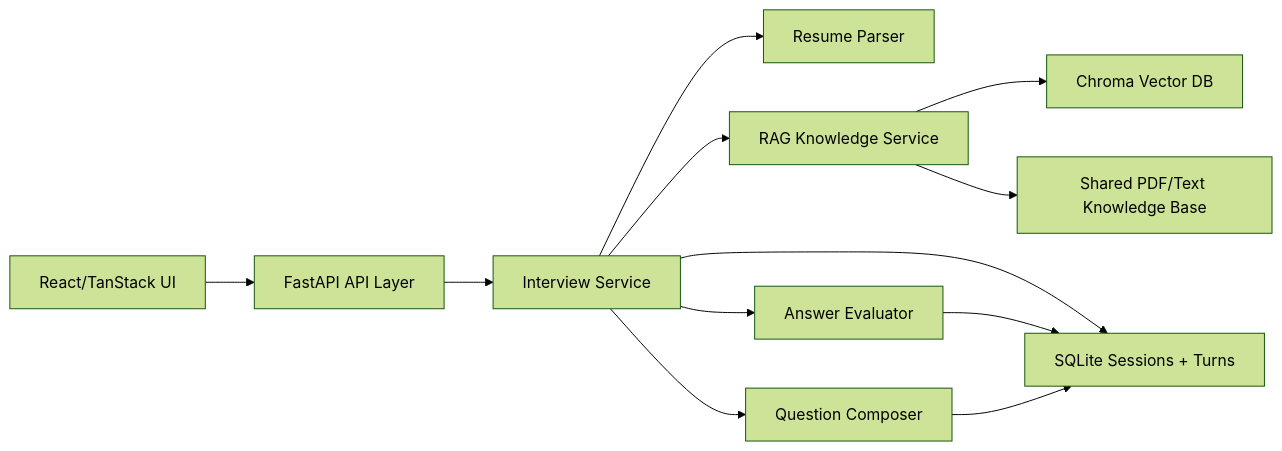
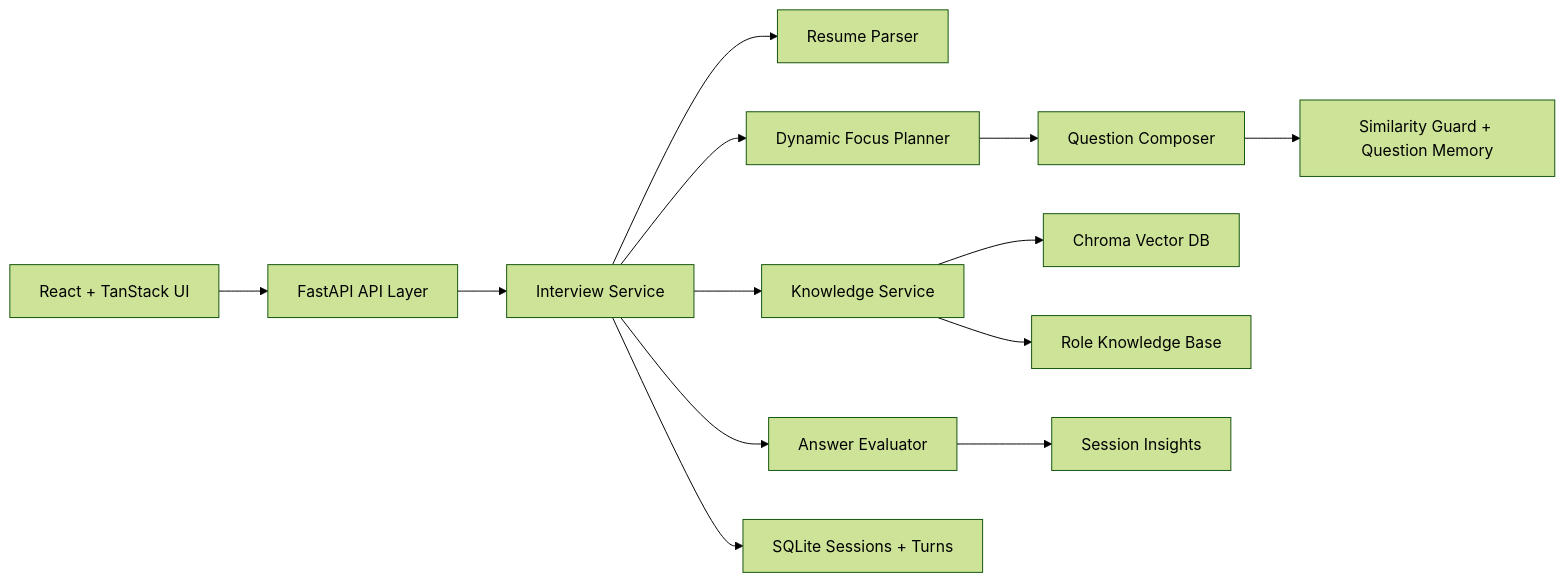
The diagram in README.md (sri-venkat-22/Screen-RAG-Agent), drawn with Mermaid (forest theme) before and after one commit. The commit also changed other lines of this file and 7 other files, not shown here.

````diff
--- a/README.md
+++ b/README.md
@@ -27,14 +62,15 @@
 ```mermaid
 flowchart LR
-  A["React/TanStack UI"] --> B["FastAPI API Layer"]
-  B --> C["Interview Service"]
-  C --> D["Resume Parser"]
-  C --> E["RAG Knowledge Service"]
-  C --> F["Question Composer"]
-  C --> G["Answer Evaluator"]
-  E --> H["Chroma Vector DB"]
-  E --> I["Shared PDF/Text Knowledge Base"]
-  C --> J["SQLite Sessions + Turns"]
-  G --> J
-  F --> J
+  UI["React + TanStack UI"] --> API["FastAPI API Layer"]
+  API --> Interview["Interview Service"]
+  Interview --> Resume["Resume Parser"]
+  Interview --> Planner["Dynamic Focus Planner"]
+  Planner --> Question["Question Composer"]
+  Question --> Memory["Similarity Guard + Question Memory"]
+  Interview --> Knowledge["Knowledge Service"]
+  Knowledge --> Chroma["Chroma Vector DB"]
+  Knowledge --> Sources["Role Knowledge Base"]
+  Interview --> Eval["Answer Evaluator"]
+  Eval --> Summary["Session Insights"]
+  Interview --> SQLite["SQLite Sessions + Turns"]
 ```
````
